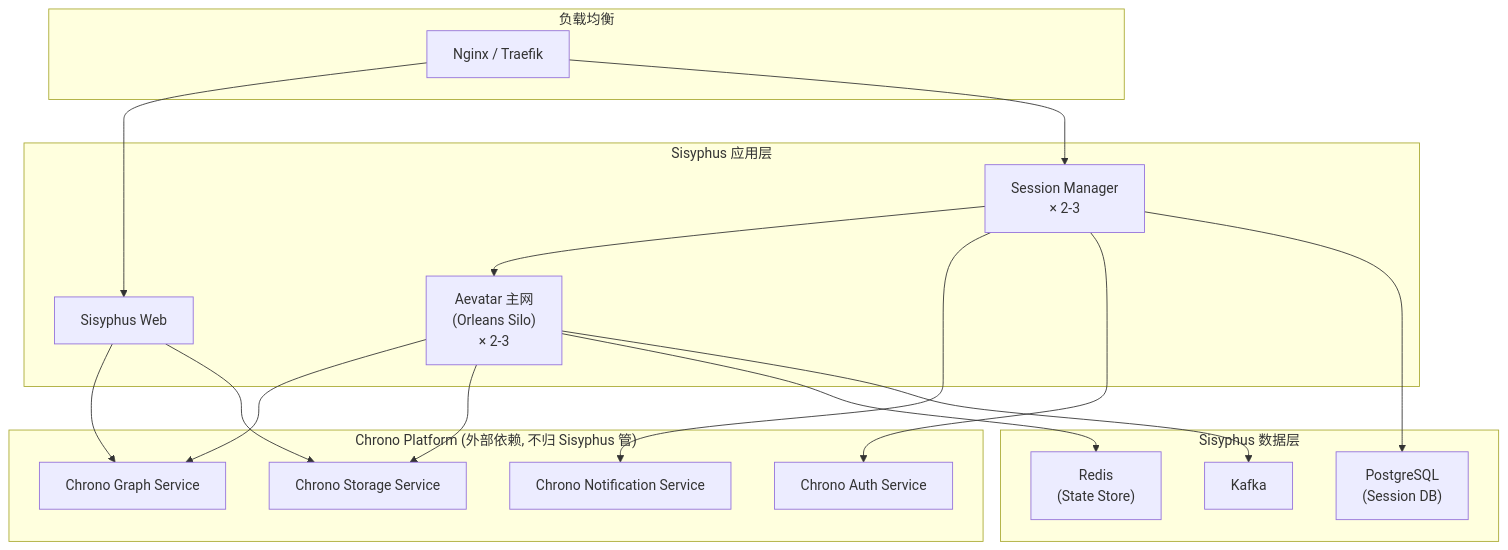
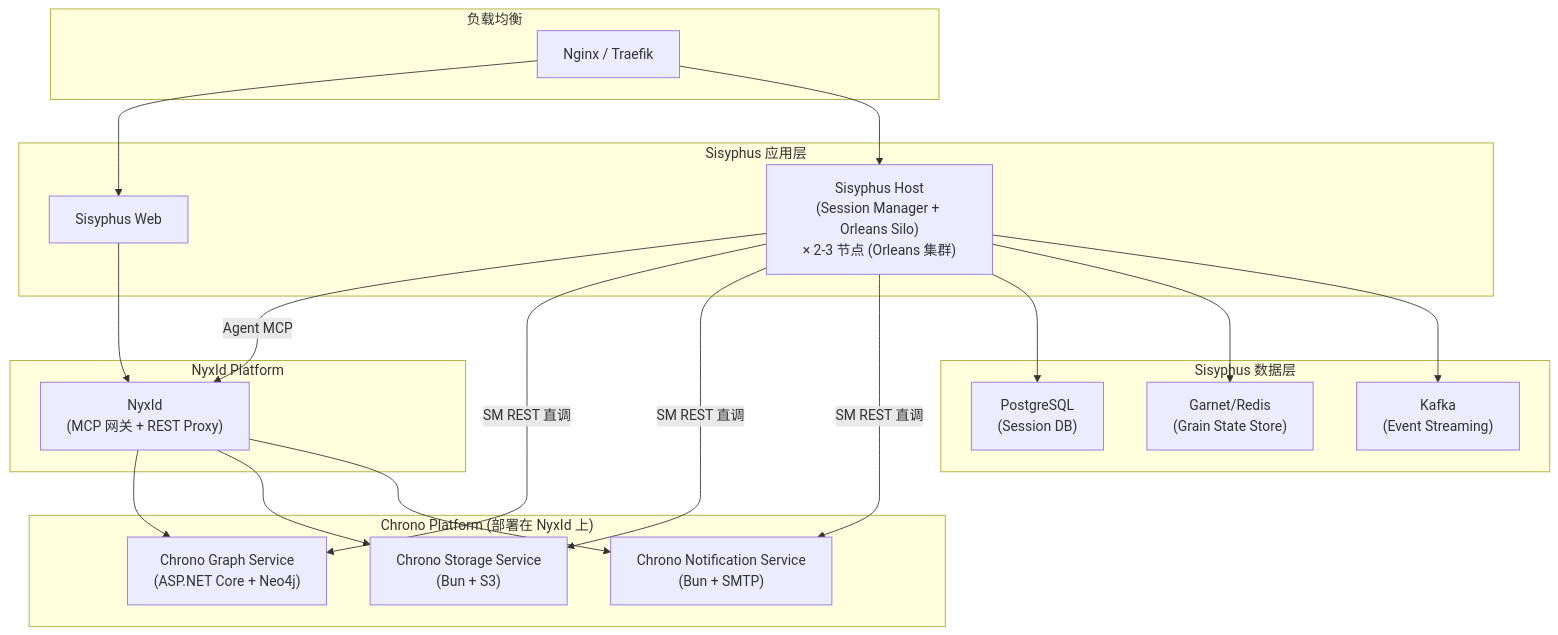
Before and after one commit to aevatarAI/aevatar: diagram 14 of 14 in apps/sisyphus/docs/Architecture.md, drawn with Mermaid. The commit also changed other lines of this file, not shown here.

Commit message:
Architecture update

````diff
--- a/apps/sisyphus/docs/Architecture.md
+++ b/apps/sisyphus/docs/Architecture.md
@@ -814,30 +1018,34 @@
 ```mermaid
 graph TB
     subgraph "负载均衡"
         LB["Nginx / Traefik"]
     end
 
     subgraph "Sisyphus 应用层"
         S_WEB["Sisyphus Web"]
-        S_API["Session Manager<br/>× 2-3"]
-        A_HOST["Aevatar 主网<br/>(Orleans Silo)<br/>× 2-3"]
+        S_HOST["Sisyphus Host<br/>(Session Manager + Orleans Silo)<br/>× 2-3 节点 (Orleans 集群)"]
     end
 
     subgraph "Sisyphus 数据层"
         PG["PostgreSQL<br/>(Session DB)"]
-        REDIS["Redis<br/>(State Store)"]
-        KAFKA["Kafka"]
+        REDIS["Garnet/Redis<br/>(Grain State Store)"]
+        KAFKA["Kafka<br/>(Event Streaming)"]
     end
 
-    subgraph "Chrono Platform (外部依赖, 不归 Sisyphus 管)"
-        C_GRAPH["Chrono Graph Service"]
-        C_STORAGE["Chrono Storage Service"]
-        C_NOTIFY["Chrono Notification Service"]
-        C_AUTH["Chrono Auth Service"]
+    subgraph "NyxId Platform"
+        NYXID["NyxId<br/>(MCP 网关 + REST Proxy)"]
     end
 
-    LB --> S_WEB & S_API
-    S_WEB --> C_GRAPH & C_STORAGE
-    S_API --> A_HOST & C_NOTIFY & C_AUTH & PG
-    A_HOST --> C_GRAPH & C_STORAGE & REDIS & KAFKA
+    subgraph "Chrono Platform (部署在 NyxId 上)"
+        C_GRAPH["Chrono Graph Service<br/>(ASP.NET Core + Neo4j)"]
+        C_STORAGE["Chrono Storage Service<br/>(Bun + S3)"]
+        C_NOTIFY["Chrono Notification Service<br/>(Bun + SMTP)"]
+    end
+
+    LB --> S_WEB & S_HOST
+    S_WEB --> NYXID
+    S_HOST -->|"Agent MCP"| NYXID
+    S_HOST -->|"SM REST 直调"| C_GRAPH & C_STORAGE & C_NOTIFY
+    S_HOST --> PG & REDIS & KAFKA
+    NYXID --> C_GRAPH & C_STORAGE & C_NOTIFY
 ```
````
